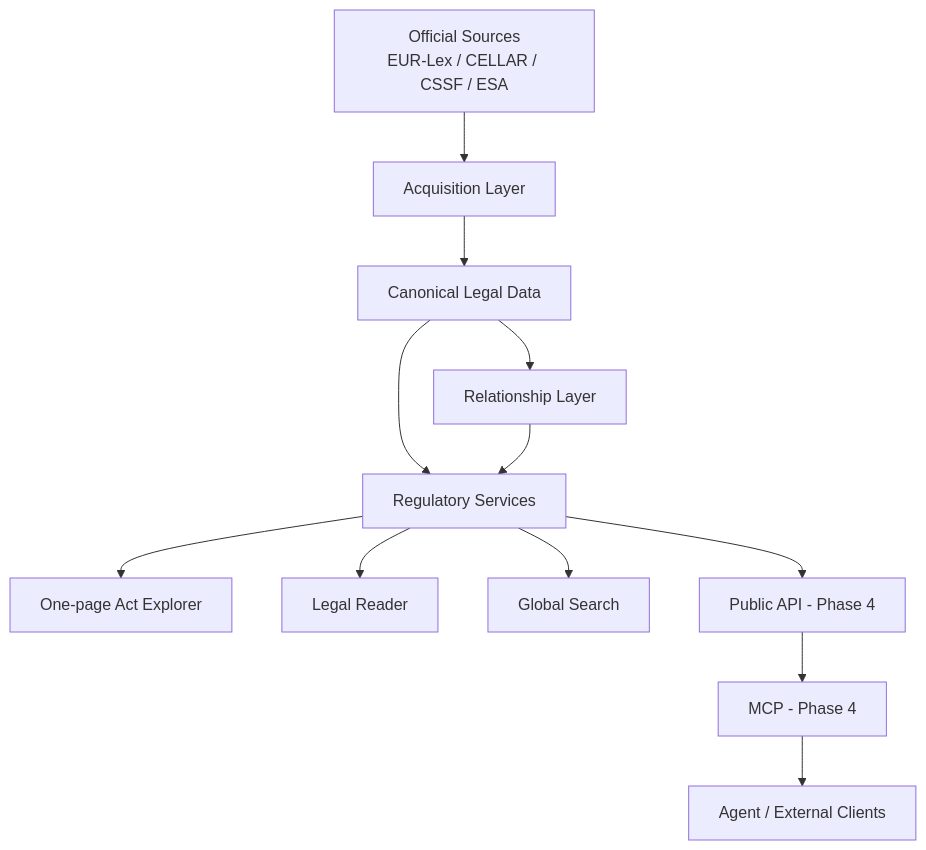
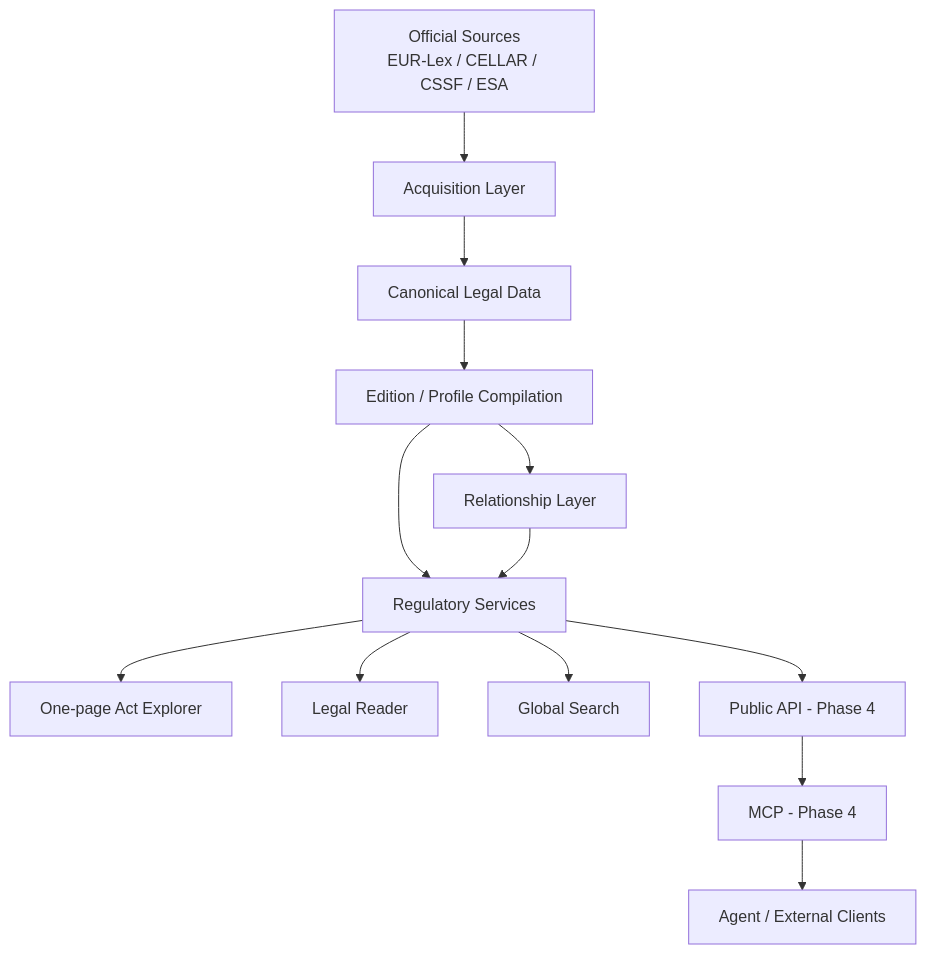
Before and after one commit to liyouqi/regulatory-knowledge-platform: the first of 5 diagrams in docs/regulatory_knowledge_platform_requirements.md, drawn with Mermaid. The commit also changed other lines of this file and 4 other files, not shown here.

````diff
--- a/docs/regulatory_knowledge_platform_requirements.md
+++ b/docs/regulatory_knowledge_platform_requirements.md
@@ -85,14 +86,15 @@
 ```mermaid
 flowchart TD
     A[Official Sources\nEUR-Lex / CELLAR / CSSF / ESA] --> B[Acquisition Layer]
     B --> C[Canonical Legal Data]
-    C --> D[Relationship Layer]
-    C --> E[Regulatory Services]
+    C --> P[Edition / Profile Compilation]
+    P --> D[Relationship Layer]
+    P --> E[Regulatory Services]
     D --> E
     E --> X[One-page Act Explorer]
     E --> F[Legal Reader]
     E --> S[Global Search]
     E --> G[Public API - Phase 4]
     G --> H[MCP - Phase 4]
     H --> I[Agent / External Clients]
 ```
````
